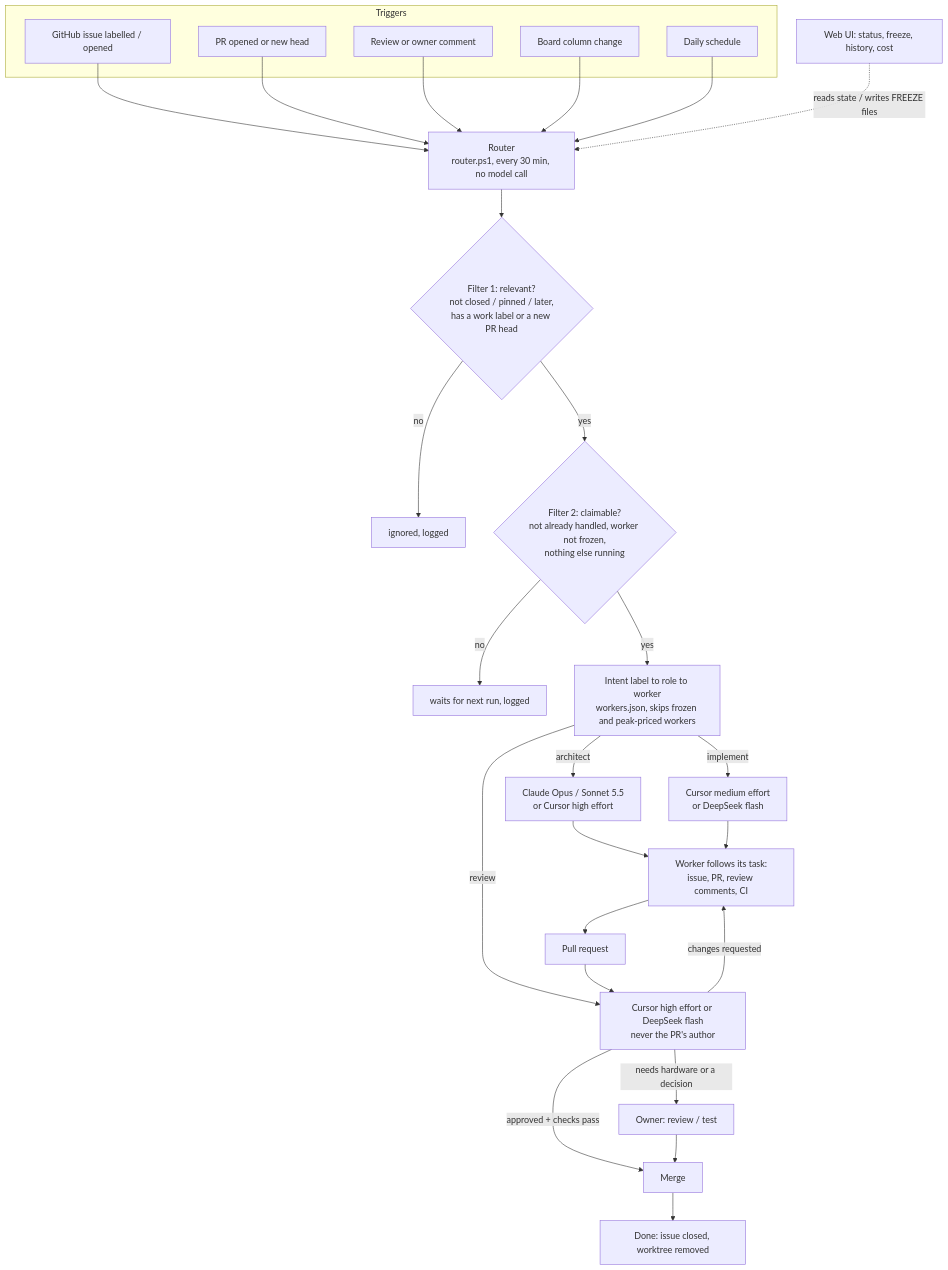
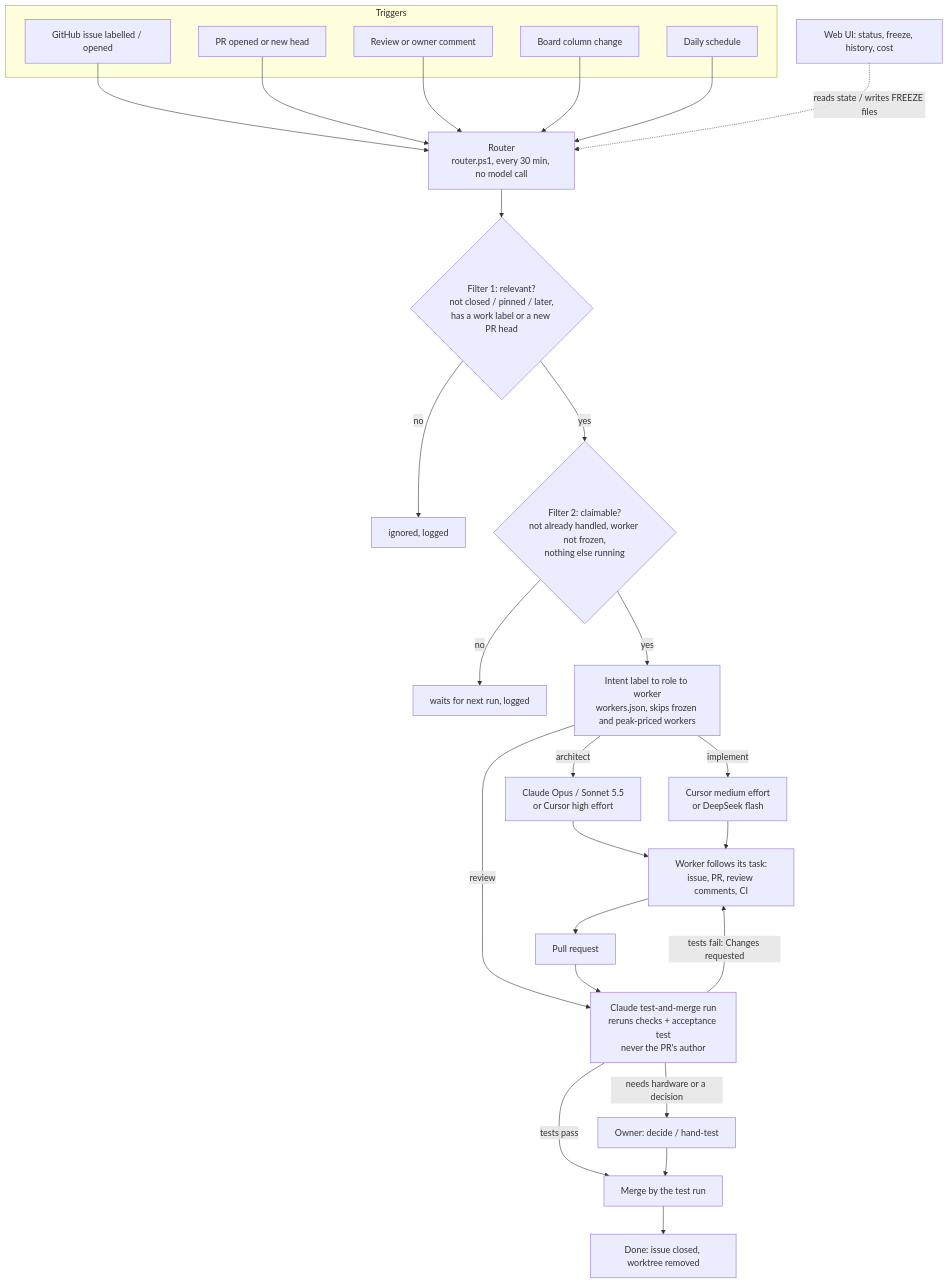
One commit to kheniparth/NuvioTV changed the diagram in .factory/FLOW.md. Above: the diagram before and after it, drawn with Mermaid. The commit also changed other lines of this file and 2 other files, not shown here.

Commit message:
factory: replace code review with test-and-merge
No code review stage: the worker runs the checks before opening a PR; the Claude run is the tester, reruns the checks and the acceptance test on the merged commit, and merges what passes. Script-parsed markers (Claude review @, Changes requested) are unchanged.

Claude-Session: https://claude.ai/code/session_011yCxBpTzNS4b8mcScbp2KT

````diff
--- a/.factory/FLOW.md
+++ b/.factory/FLOW.md
@@ -5,29 +5,29 @@
 ```mermaid
 flowchart TD
     subgraph Triggers
         T1[GitHub issue labelled / opened]
         T2[PR opened or new head]
         T3[Review or owner comment]
         T4[Board column change]
         T5[Daily schedule]
     end
     T1 & T2 & T3 & T4 & T5 --> R[Router<br/>router.ps1, every 30 min, no model call]
     R --> F1{Filter 1: relevant?<br/>not closed / pinned / later,<br/>has a work label or a new PR head}
     F1 -- no --> X1[ignored, logged]
     F1 -- yes --> F2{Filter 2: claimable?<br/>not already handled, worker not frozen,<br/>nothing else running}
     F2 -- no --> X2[waits for next run, logged]
     F2 -- yes --> PICK[Intent label to role to worker<br/>workers.json, skips frozen and peak-priced workers]
     PICK -->|architect| A[Claude Opus / Sonnet 5.5<br/>or Cursor high effort]
     PICK -->|implement| I[Cursor medium effort<br/>or DeepSeek flash]
-    PICK -->|review| V[Cursor high effort or DeepSeek flash<br/>never the PR's author]
+    PICK -->|review| V[Claude test-and-merge run<br/>reruns checks + acceptance test<br/>never the PR's author]
     A --> W
     I --> W
     W[Worker follows its task:<br/>issue, PR, review comments, CI] --> PR[Pull request]
     PR --> V
-    V -- changes requested --> W
-    V -- approved + checks pass --> M[Merge]
-    V -- needs hardware or a decision --> H[Owner: review / test]
+    V -- tests fail: Changes requested --> W
+    V -- tests pass --> M[Merge by the test run]
+    V -- needs hardware or a decision --> H[Owner: decide / hand-test]
     H --> M
     M --> D[Done: issue closed, worktree removed]
     UI[Web UI: status, freeze, history, cost] -. reads state / writes FREEZE files .-> R
 ```
````
